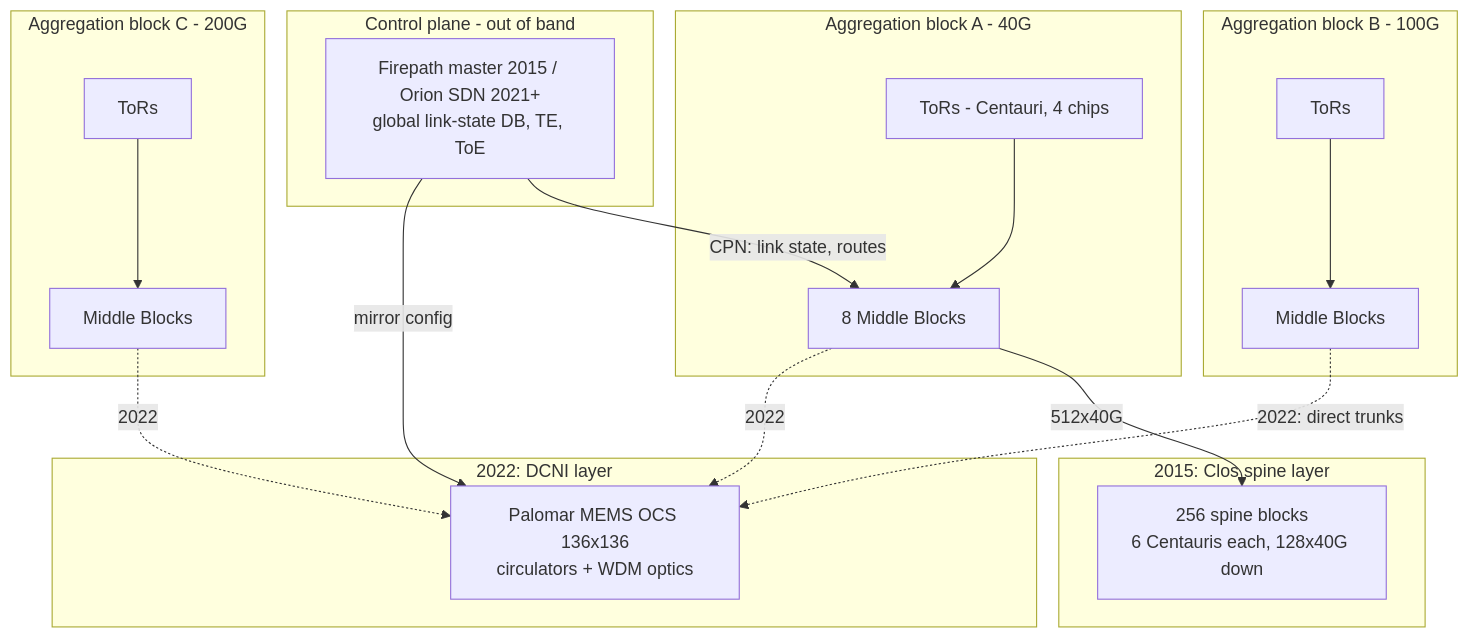
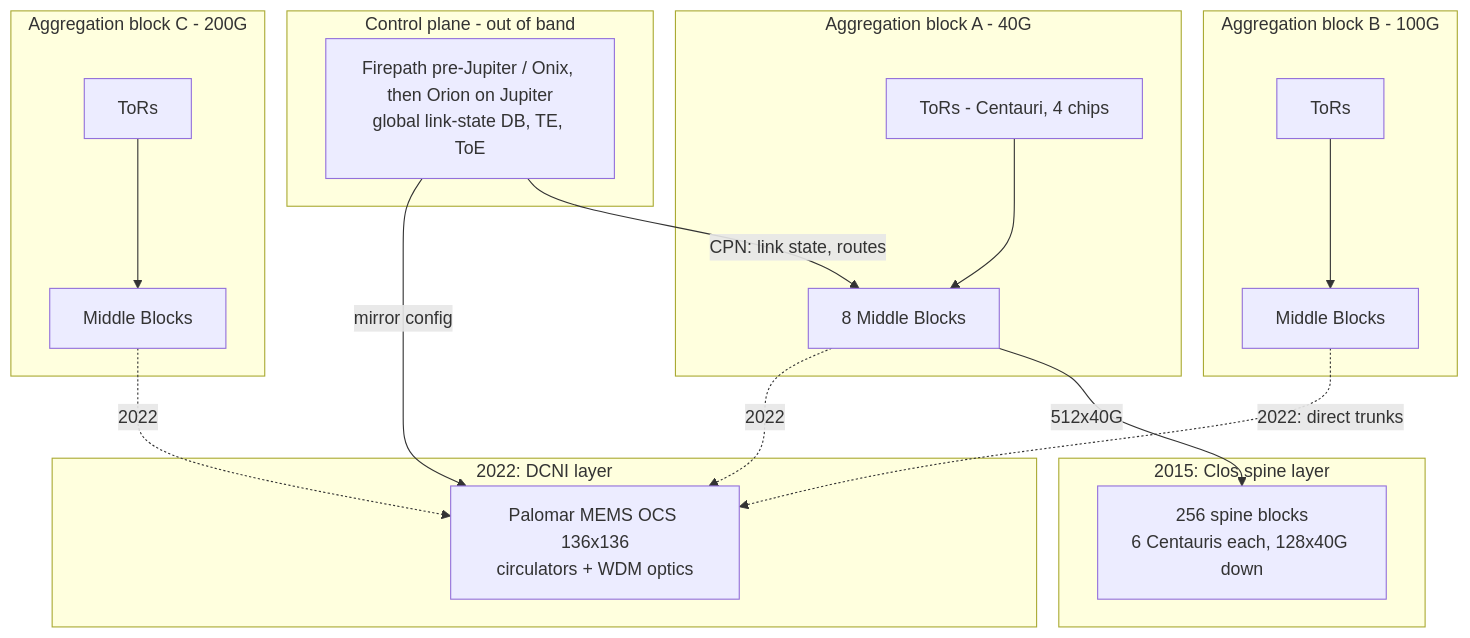
One commit to shreejitverma/SDE-Interview-Prep changed the diagram in 17-Cloud-AI-Engineering/Volume_13_Seminal_Papers_and_Case_Studies/Chapter_13_Jupiter_Datacenter_Network.md. Above: the diagram before and after it, drawn with Mermaid. The commit also changed other lines of this file and 143 other files, not shown here.

````diff
--- a/17-Cloud-AI-Engineering/Volume_13_Seminal_Papers_and_Case_Studies/Chapter_13_Jupiter_Datacenter_Network.md
+++ b/17-Cloud-AI-Engineering/Volume_13_Seminal_Papers_and_Case_Studies/Chapter_13_Jupiter_Datacenter_Network.md
@@ -36,27 +59,27 @@
 ```mermaid
 flowchart TB
   subgraph CP["Control plane - out of band"]
-    M["Firepath master 2015 / Orion SDN 2021+<br/>global link-state DB, TE, ToE"]
+    M["Firepath pre-Jupiter / Onix, then Orion on Jupiter<br/>global link-state DB, TE, ToE"]
   end
   subgraph AB1["Aggregation block A - 40G"]
     T1["ToRs - Centauri, 4 chips"] --> MB1["8 Middle Blocks"]
   end
   subgraph AB2["Aggregation block B - 100G"]
     T2["ToRs"] --> MB2["Middle Blocks"]
   end
   subgraph AB3["Aggregation block C - 200G"]
     T3["ToRs"] --> MB3["Middle Blocks"]
   end
   subgraph Y2015["2015: Clos spine layer"]
     S["256 spine blocks<br/>6 Centauris each, 128x40G down"]
   end
   subgraph Y2022["2022: DCNI layer"]
     O["Palomar MEMS OCS 136x136<br/>circulators + WDM optics"]
   end
   MB1 -- "512x40G" --> S
   MB2 -. "2022: direct trunks" .-> O
   MB1 -. "2022" .-> O
   MB3 -. "2022" .-> O
   M -- "CPN: link state, routes" --> MB1
   M -- "mirror config" --> O
 ```
````
